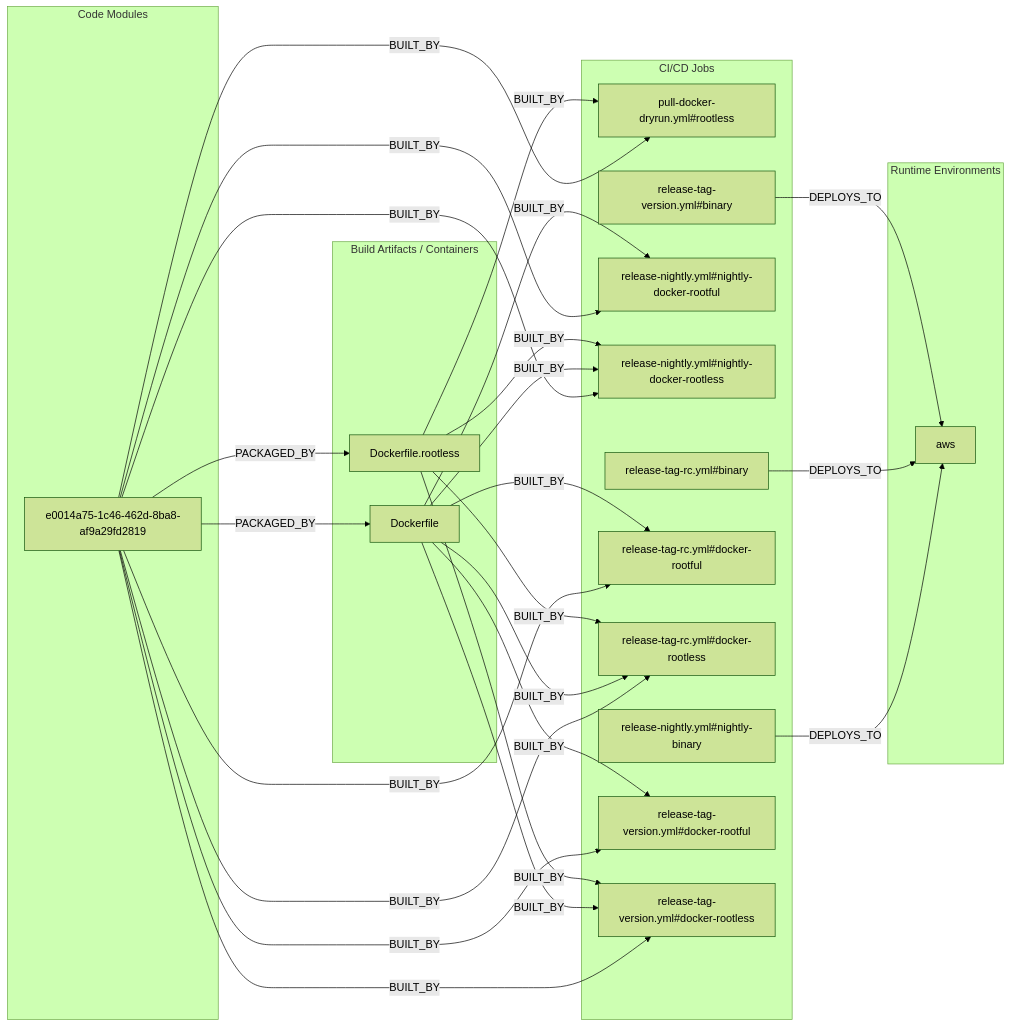
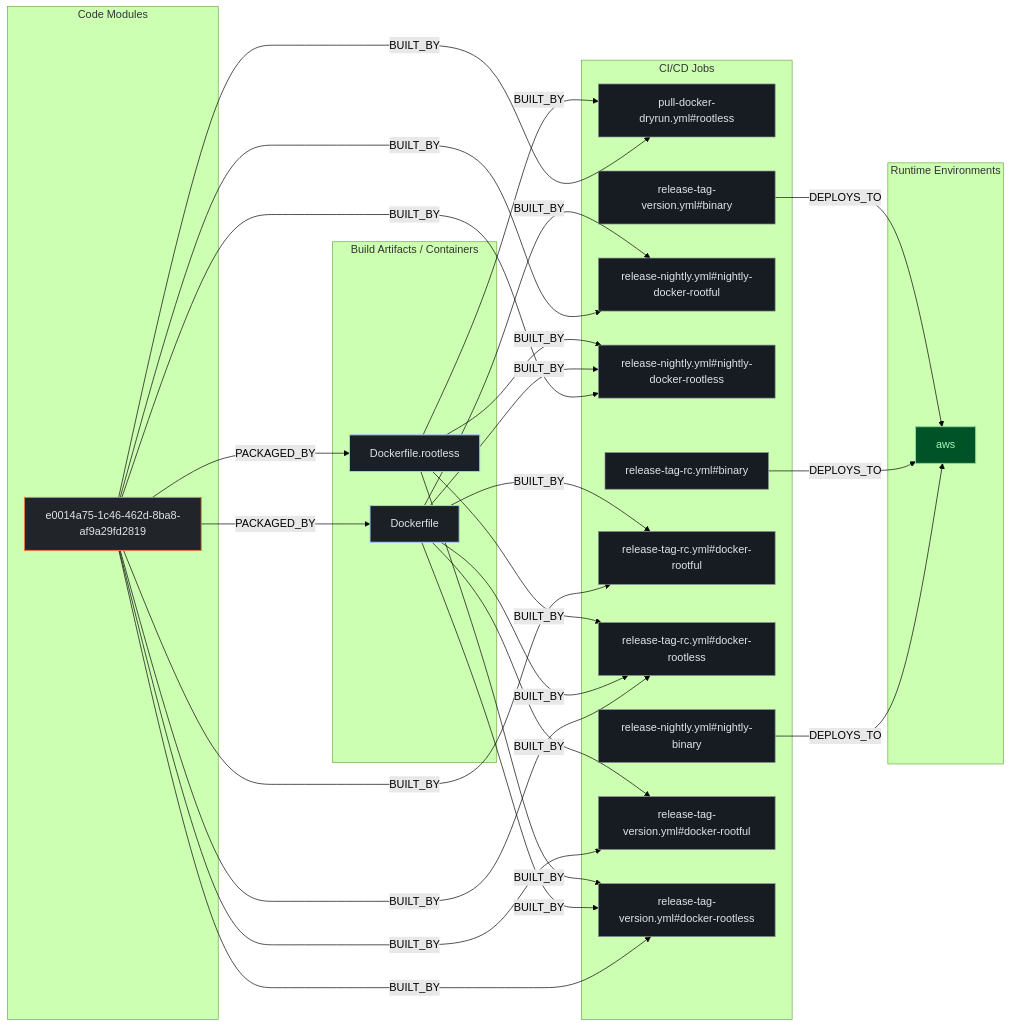
One commit to kumarshaz/atruss-code-atlas changed the second of 3 diagrams in exports/latest/reports/go-gitea-gitea-report.md. Above: the diagram before and after it, drawn with Mermaid (forest theme). The commit also changed other lines of this file and 331 other files, not shown here.

Commit message:
docs,ui,fix: update SDLC docs, reorder CI/CD DAG first, stylize Mermaid, and fix Arc42 pipeline topology

````diff
--- a/exports/latest/reports/go-gitea-gitea-report.md
+++ b/exports/latest/reports/go-gitea-gitea-report.md
@@ -207,47 +214,51 @@
 ```mermaid
 flowchart LR
+    classDef atlasCategory fill:#212428,stroke:#E87A48,stroke-width:1.5px,color:#dfe3eb
+    classDef atlasWorkflow fill:#1b2026,stroke:#a3c9ff,stroke-width:1.5px,color:#dfe3eb
+    classDef atlasJob fill:#171c22,stroke:#8d9199,stroke-width:1px,color:#dfe3eb
+    classDef atlasTarget fill:#005227,stroke:#8bd99b,stroke-width:1.5px,color:#a7f6b6
     subgraph code_modules["Code Modules"]
-        mod_e0014a75_1c46_462d_8ba8_af9a29fd2819["e0014a75-1c46-462d-8ba8-af9a29fd2819"]
+        mod_e0014a75_1c46_462d_8ba8_af9a29fd2819["e0014a75-1c46-462d-8ba8-af9a29fd2819"]:::atlasCategory
     end
     subgraph build_artifacts["Build Artifacts / Containers"]
-        art_Dockerfile["Dockerfile"]
-        art_Dockerfile_rootless["Dockerfile.rootless"]
+        art_Dockerfile["Dockerfile"]:::atlasWorkflow
+        art_Dockerfile_rootless["Dockerfile.rootless"]:::atlasWorkflow
     end
     subgraph ci_jobs["CI/CD Jobs"]
-        job_pull_docker_dryrun_yml_rootless["pull-docker-dryrun.yml#rootless"]
-        job_release_nightly_yml_nightly_binary["release-nightly.yml#nightly-binary"]
-        job_release_nightly_yml_nightly_docker_rootful["release-nightly.yml#nightly-docker-rootful"]
-        job_release_nightly_yml_nightly_docker_rootless["release-nightly.yml#nightly-docker-rootless"]
-        job_release_tag_rc_yml_binary["release-tag-rc.yml#binary"]
-        job_release_tag_rc_yml_docker_rootful["release-tag-rc.yml#docker-rootful"]
-        job_release_tag_rc_yml_docker_rootless["release-tag-rc.yml#docker-rootless"]
-        job_release_tag_version_yml_binary["release-tag-version.yml#binary"]
-        job_release_tag_version_yml_docker_rootful["release-tag-version.yml#docker-rootful"]
-        job_release_tag_version_yml_docker_rootless["release-tag-version.yml#docker-rootless"]
+        job_pull_docker_dryrun_yml_rootless["pull-docker-dryrun.yml#rootless"]:::atlasJob
+        job_release_nightly_yml_nightly_binary["release-nightly.yml#nightly-binary"]:::atlasJob
+        job_release_nightly_yml_nightly_docker_rootful["release-nightly.yml#nightly-docker-rootful"]:::atlasJob
+        job_release_nightly_yml_nightly_docker_rootless["release-nightly.yml#nightly-docker-rootless"]:::atlasJob
+        job_release_tag_rc_yml_binary["release-tag-rc.yml#binary"]:::atlasJob
+        job_release_tag_rc_yml_docker_rootful["release-tag-rc.yml#docker-rootful"]:::atlasJob
+        job_release_tag_rc_yml_docker_rootless["release-tag-rc.yml#docker-rootless"]:::atlasJob
+        job_release_tag_version_yml_binary["release-tag-version.yml#binary"]:::atlasJob
+        job_release_tag_version_yml_docker_rootful["release-tag-version.yml#docker-rootful"]:::atlasJob
+        job_release_tag_version_yml_docker_rootless["release-tag-version.yml#docker-rootless"]:::atlasJob
     end
     subgraph runtime_envs["Runtime Environments"]
-        env_aws["aws"]
+        env_aws["aws"]:::atlasTarget
     end
     job_release_nightly_yml_nightly_binary -->|DEPLOYS_TO| env_aws
     job_release_tag_rc_yml_binary -->|DEPLOYS_TO| env_aws
     job_release_tag_version_yml_binary -->|DEPLOYS_TO| env_aws
     mod_e0014a75_1c46_462d_8ba8_af9a29fd2819 -->|BUILT_BY| job_pull_docker_dryrun_yml_rootless
     mod_e0014a75_1c46_462d_8ba8_af9a29fd2819 -->|BUILT_BY| job_release_nightly_yml_nightly_docker_rootful
     mod_e0014a75_1c46_462d_8ba8_af9a29fd2819 -->|BUILT_BY| job_release_nightly_yml_nightly_docker_rootless
     mod_e0014a75_1c46_462d_8ba8_af9a29fd2819 -->|BUILT_BY| job_release_tag_rc_yml_docker_rootful
     mod_e0014a75_1c46_462d_8ba8_af9a29fd2819 -->|BUILT_BY| job_release_tag_rc_yml_docker_rootless
     mod_e0014a75_1c46_462d_8ba8_af9a29fd2819 -->|BUILT_BY| job_release_tag_version_yml_docker_rootful
     mod_e0014a75_1c46_462d_8ba8_af9a29fd2819 -->|BUILT_BY| job_release_tag_version_yml_docker_rootless
     mod_e0014a75_1c46_462d_8ba8_af9a29fd2819 -->|PACKAGED_BY| art_Dockerfile
     mod_e0014a75_1c46_462d_8ba8_af9a29fd2819 -->|PACKAGED_BY| art_Dockerfile_rootless
     art_Dockerfile -->|BUILT_BY| job_release_nightly_yml_nightly_docker_rootful
     art_Dockerfile -->|BUILT_BY| job_release_nightly_yml_nightly_docker_rootless
     art_Dockerfile -->|BUILT_BY| job_release_tag_rc_yml_docker_rootful
     art_Dockerfile -->|BUILT_BY| job_release_tag_rc_yml_docker_rootless
     art_Dockerfile -->|BUILT_BY| job_release_tag_version_yml_docker_rootful
     art_Dockerfile -->|BUILT_BY| job_release_tag_version_yml_docker_rootless
     art_Dockerfile_rootless -->|BUILT_BY| job_pull_docker_dryrun_yml_rootless
     art_Dockerfile_rootless -->|BUILT_BY| job_release_nightly_yml_nightly_docker_rootless
     art_Dockerfile_rootless -->|BUILT_BY| job_release_tag_rc_yml_docker_rootless
     art_Dockerfile_rootless -->|BUILT_BY| job_release_tag_version_yml_docker_rootless
 ```
````
